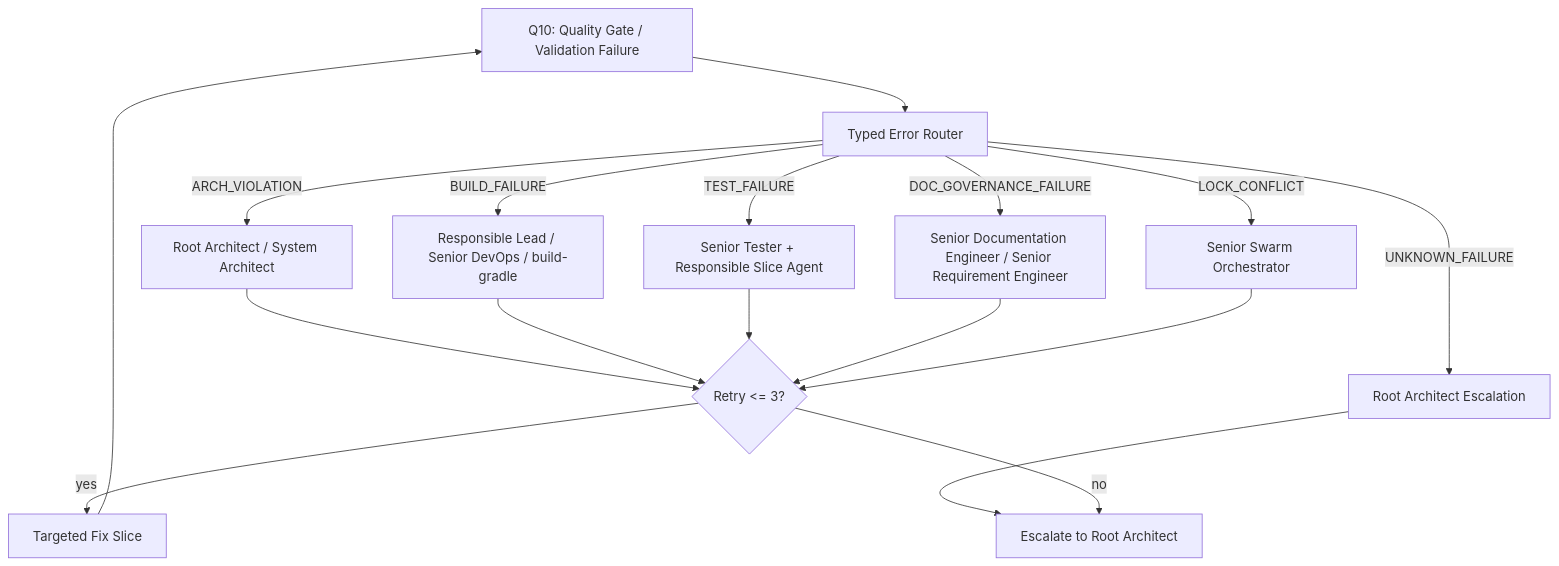
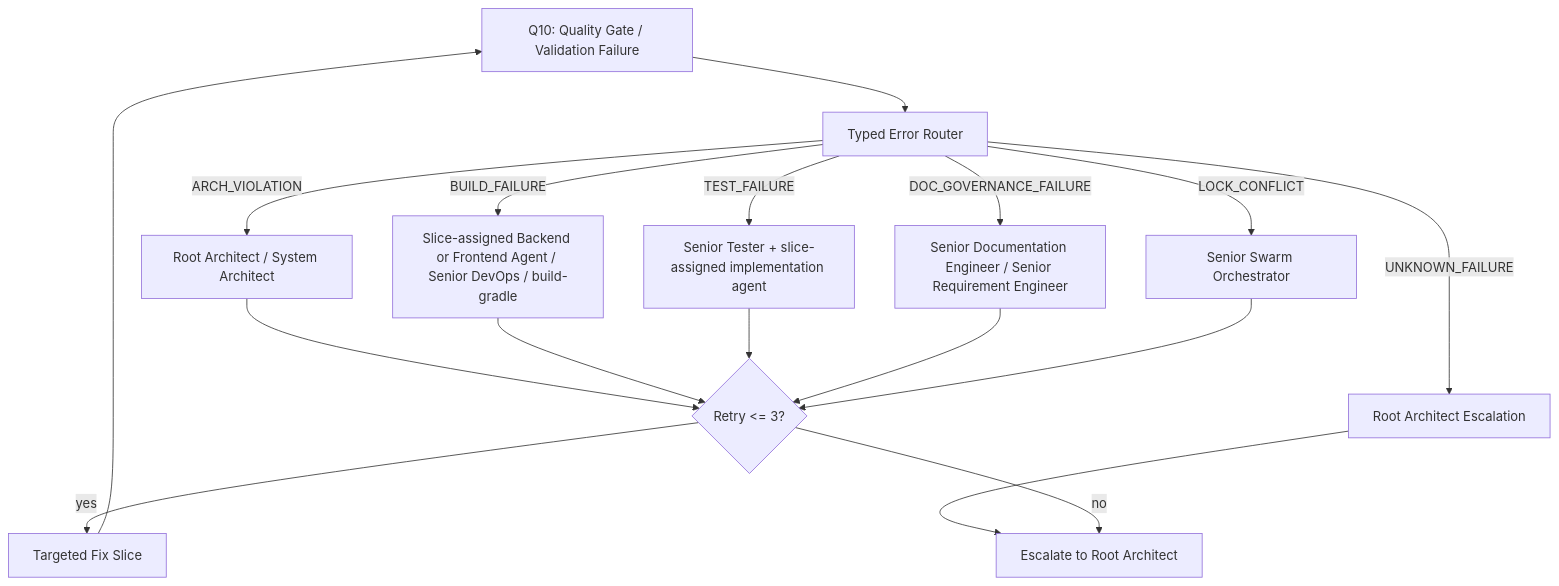
Before and after one commit to MatthiasBurger-Coder/forensic_analytics: the second of 5 diagrams in docs/workflow/workflow.md, drawn with Mermaid. The commit also changed other lines of this file and 11 other files, not shown here.

````diff
--- a/docs/workflow/workflow.md
+++ b/docs/workflow/workflow.md
@@ -402,19 +402,19 @@
 ```mermaid
 flowchart TD
     Q10["Q10: Quality Gate / Validation Failure"] --> R["Typed Error Router"]
     R -->|ARCH_VIOLATION| A["Root Architect / System Architect"]
-    R -->|BUILD_FAILURE| B["Responsible Lead / Senior DevOps / build-gradle"]
-    R -->|TEST_FAILURE| T["Senior Tester + Responsible Slice Agent"]
+    R -->|BUILD_FAILURE| B["Slice-assigned Backend or Frontend Agent / Senior DevOps / build-gradle"]
+    R -->|TEST_FAILURE| T["Senior Tester + slice-assigned implementation agent"]
     R -->|DOC_GOVERNANCE_FAILURE| D["Senior Documentation Engineer / Senior Requirement Engineer"]
     R -->|LOCK_CONFLICT| L["Senior Swarm Orchestrator"]
     R -->|UNKNOWN_FAILURE| X["Root Architect Escalation"]
     A --> RC{"Retry <= 3?"}
     B --> RC
     T --> RC
     D --> RC
     L --> RC
     X --> ESC["Escalate to Root Architect"]
     RC -->|yes| FIX["Targeted Fix Slice"]
     RC -->|no| ESC
     FIX --> Q10
 ```
````
